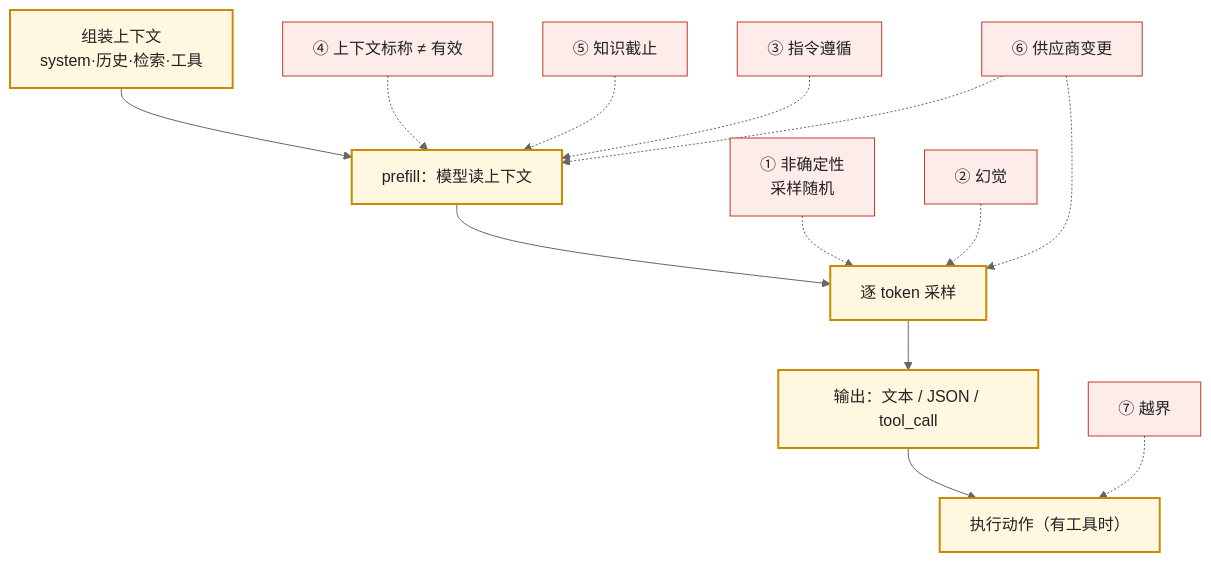
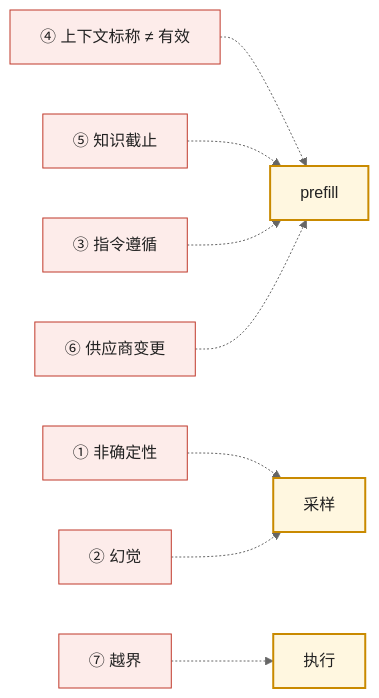
The third of 9 diagrams in slides/2026-10-04-model-as-component.md (arganzheng/arganzheng.github.com), drawn with Mermaid (neutral theme) before and after one commit. The commit also changed other lines of this file, not shown here.

Commit message:
slides(2026-10-04-model-as-component): 图内文字 ≥14px——标签缩短/拆分/Unicode 数学

````diff
--- a/slides/2026-10-04-model-as-component.md
+++ b/slides/2026-10-04-model-as-component.md
@@ -42,20 +51,16 @@
 ```mermaid
-flowchart TB
-    CTX["组装上下文<br/>system·历史·检索·工具"] --> PRE["prefill：模型读上下文"]
-    PRE --> SAMP["逐 token 采样"]
-    SAMP --> OUT["输出：文本 / JSON / tool_call"]
-    OUT --> ACT["执行动作（有工具时）"]
+flowchart LR
+    PRE["prefill"] & SAMP["采样"] & ACT["执行"]
     F4["④ 上下文标称 ≠ 有效"] -.-> PRE
     F5["⑤ 知识截止"] -.-> PRE
     F3["③ 指令遵循"] -.-> PRE
-    F1["① 非确定性<br/>采样随机"] -.-> SAMP
+    F1["① 非确定性"] -.-> SAMP
     F2["② 幻觉"] -.-> SAMP
     F6["⑥ 供应商变更"] -.-> PRE
-    F6 -.-> SAMP
     F7["⑦ 越界"] -.-> ACT
 
     classDef stage fill:#fff7e0,stroke:#c98a00,stroke-width:2px,color:#222
     classDef fail fill:#fdecea,stroke:#c0392b,color:#222
-    class CTX,PRE,SAMP,OUT,ACT stage
+    class PRE,SAMP,ACT stage
     class F1,F2,F3,F4,F5,F6,F7 fail
 ```
````
